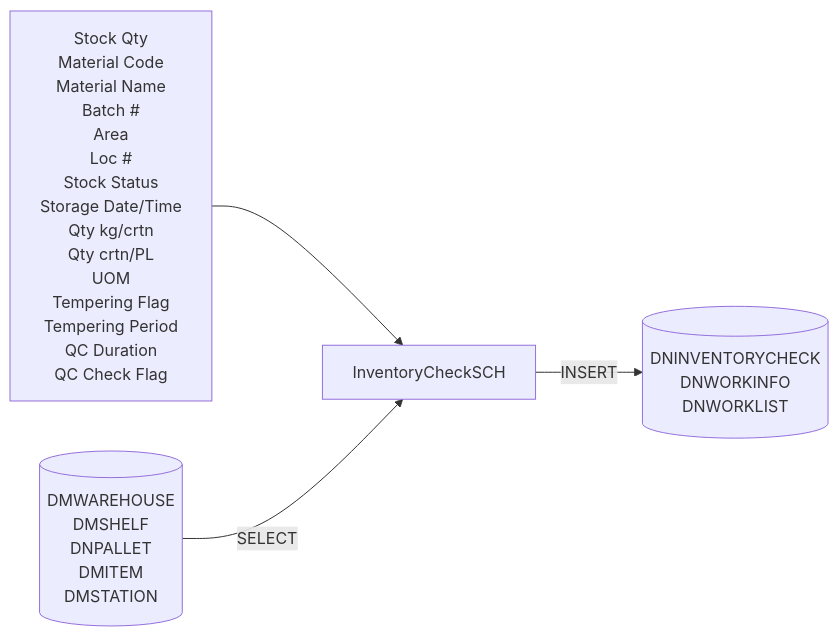
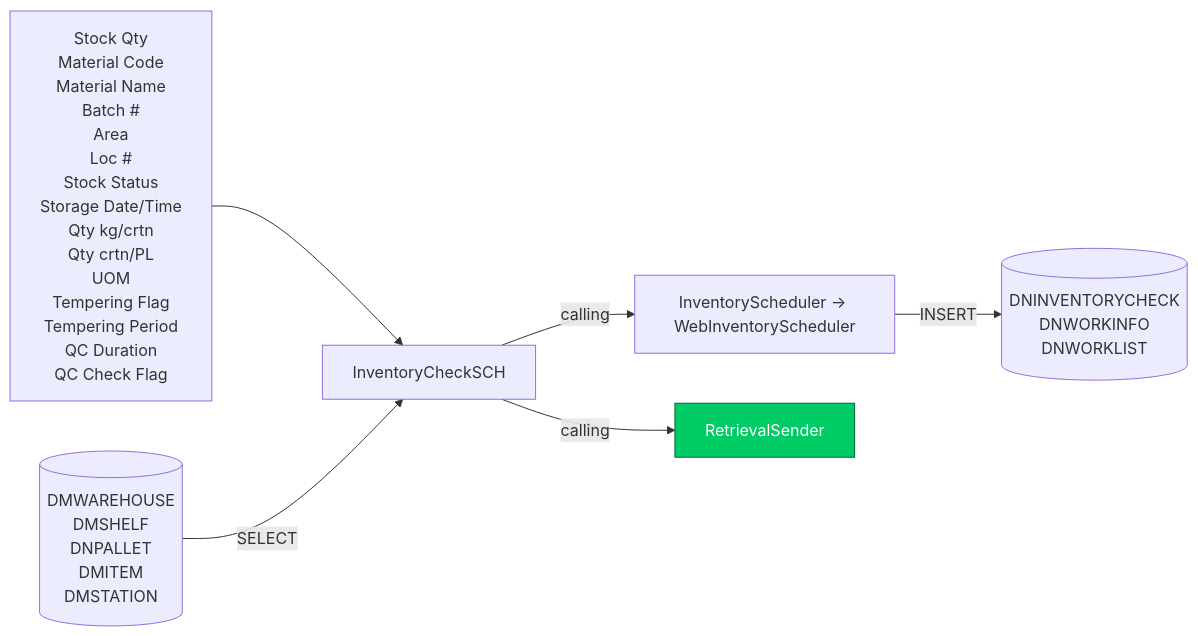
One commit to luthfiadityaa/SimeDarby-Wiki changed the fifth of 22 diagrams in Basic-Design/DFD-WMS/Inventory-Check.md. Above: the diagram before and after it, drawn with Mermaid.

Commit message:
Updated Inventory Check

```diff
--- a/Basic-Design/DFD-WMS/Inventory-Check.md
+++ b/Basic-Design/DFD-WMS/Inventory-Check.md
@@ -116,39 +116,44 @@
 ::: mermaid
 flowchart LR
     input[
         Stock Qty
         Material Code
         Material Name
         Batch #
         Area
         Loc #
         Stock Status
         Storage Date/Time
         Qty kg/crtn
         Qty crtn/PL
         UOM
         Tempering Flag
         Tempering Period
         QC Duration
         QC Check Flag
     ]
 
     tableList-insert[("
         DNINVENTORYCHECK
         DNWORKINFO
         DNWORKLIST
     ")]
 
      tableList-select[("
         DMWAREHOUSE
         DMSHELF
         DNPALLET
         DMITEM
         DMSTATION
     ")]
 
-    className[InventoryCheckSCH]
+    className[InventoryCheckSCH]--> |calling| methodName[InventoryScheduler → WebInventoryScheduler]--> |INSERT| tableList-insert
+    className[InventoryCheckSCH]--> |calling| P1[RetrievalSender]
 
-    input --> className --> |INSERT| tableList-insert
+    input --> className 
     tableList-select --> |SELECT| className
+
+click P1 "https://dev.azure.com/Daifuku-SW/ID_SimeDarbyPlantation/_wiki/wikis/ID_SimeDarbyPlantation.wiki?wikiVersion=GBwikiMaster&_a=edit&pagePath=/Basic%20Design/DFD%20WMS/Inventory%20Check&pageId=868&anchor=retrieval-sender"
+style P1 fill:#00cc66,stroke:#006633,color:#ffffff
+
 :::
```
